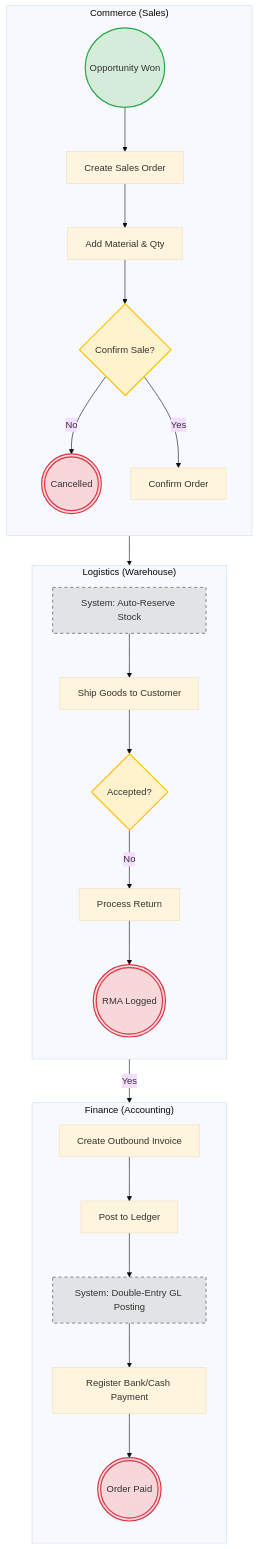
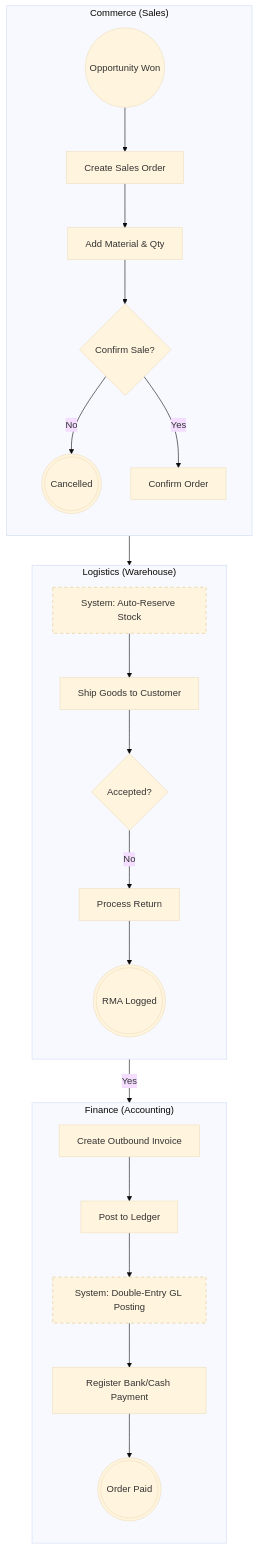
The first of 2 diagrams in docs/O2C_ARCHITECTURE.md (amirhosseinse7/NexusERP), drawn with Mermaid (base theme) before and after one commit. The commit also changed other lines of this file, not shown here.

Commit message:
Fix Mermaid dark mode compatibility

````diff
--- a/docs/O2C_ARCHITECTURE.md
+++ b/docs/O2C_ARCHITECTURE.md
@@ -16,34 +16,31 @@
 ```mermaid
 flowchart TD
-    classDef startEvent fill:#d4edda,stroke:#28a745,stroke-width:2px;
-    classDef endEvent fill:#f8d7da,stroke:#dc3545,stroke-width:2px;
-    classDef systemTask fill:#e2e3e5,stroke:#383d41,stroke-width:1px,stroke-dasharray: 5 5;
-    classDef gateway fill:#fff3cd,stroke:#ffc107,stroke-width:2px;
+    classDef systemTask stroke-width:2px,stroke-dasharray: 5 5;
 
     subgraph Commerce ["Commerce (Sales)"]
         direction TB
         Start((Opportunity Won)):::startEvent --> Draft[Create Sales Order]
         Draft --> Lines[Add Material & Qty]
         Lines --> GateConfirm{Confirm Sale?}:::gateway
         GateConfirm -- No --> Cancelled(((Cancelled))):::endEvent
         GateConfirm -- Yes --> Confirm[Confirm Order]
     end
 
     subgraph Logistics ["Logistics (Warehouse)"]
         direction TB
         Confirm --> Reserve[System: Auto-Reserve Stock]:::systemTask
         Reserve --> Ship[Ship Goods to Customer]
         Ship --> GateDelivery{Accepted?}:::gateway
         GateDelivery -- No --> Return[Process Return]
         Return --> RMA(((RMA Logged))):::endEvent
     end
 
     subgraph Finance ["Finance (Accounting)"]
         direction TB
         GateDelivery -- Yes --> Invoice[Create Outbound Invoice]
         Invoice --> Post[Post to Ledger]
         Post --> Journal[System: Double-Entry GL Posting]:::systemTask
         Journal --> Payment[Register Bank/Cash Payment]
         Payment --> Paid(((Order Paid))):::endEvent
     end
 ```        
````
